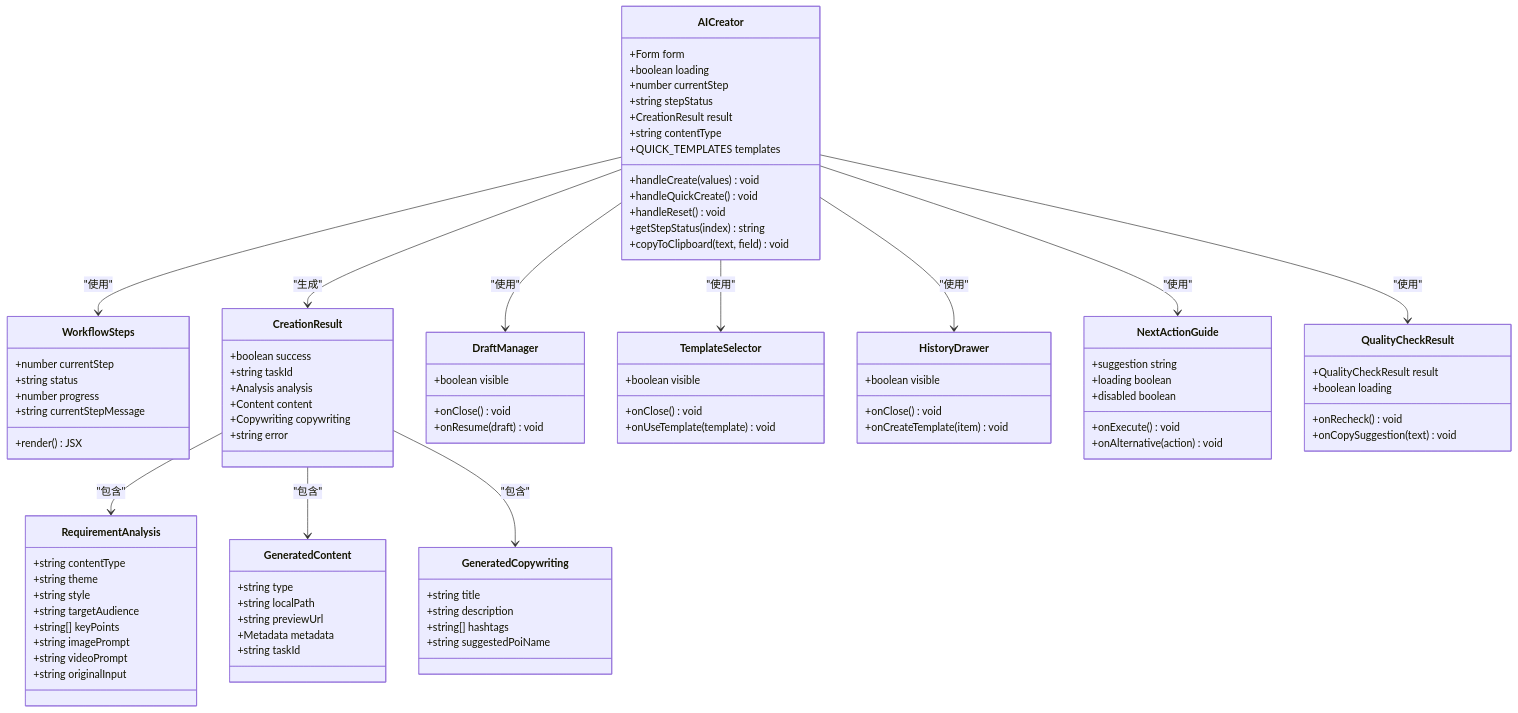
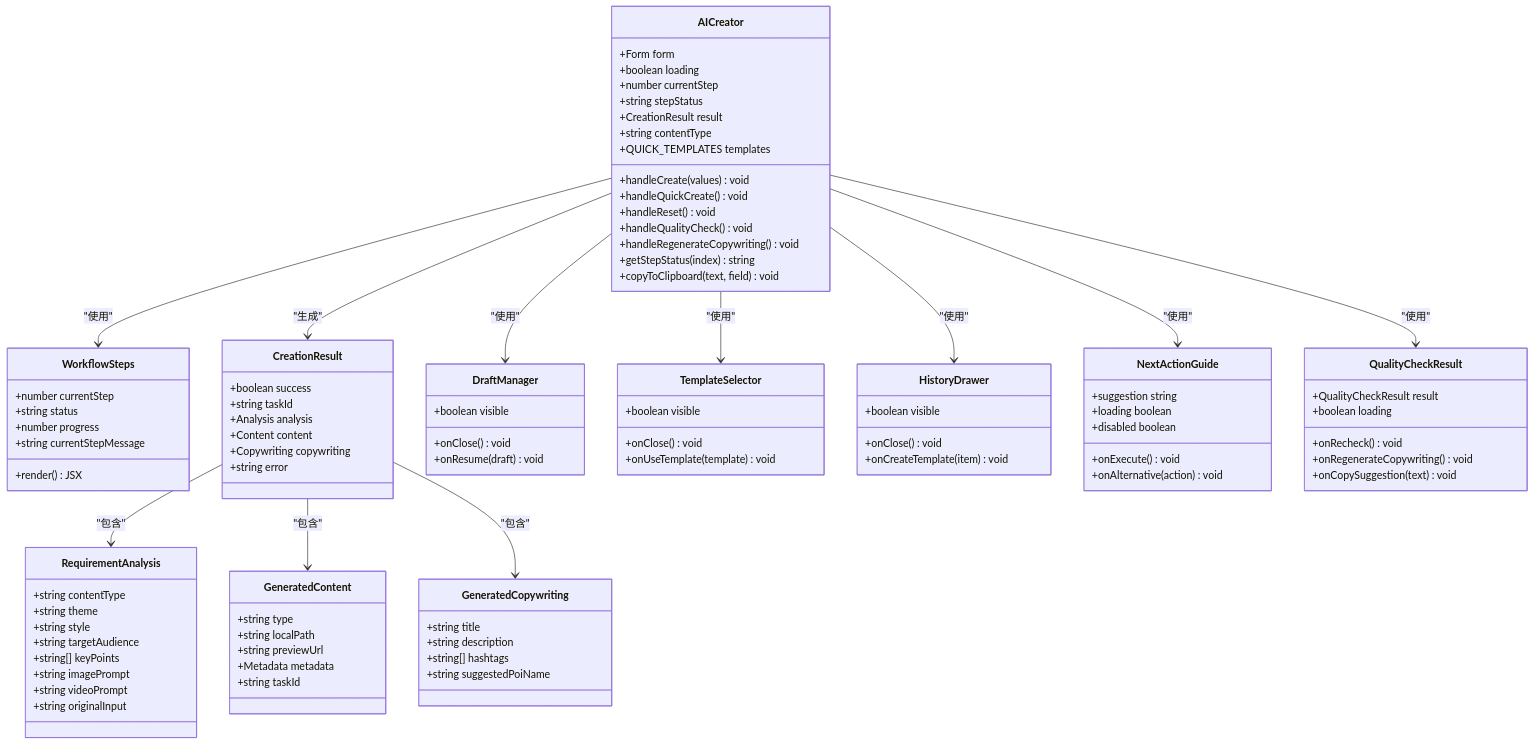
The third of 18 diagrams in .qoder/repowiki/zh/content/核心模块详解/Web界面系统/AI创作页面.md (songdiyang/clawOperations), drawn with Mermaid before and after one commit. The commit also changed other lines of this file and 8 other files, not shown here.

```diff
--- a/.qoder/repowiki/zh/content/核心模块详解/Web界面系统/AI创作页面.md
+++ b/.qoder/repowiki/zh/content/核心模块详解/Web界面系统/AI创作页面.md
@@ -162,6 +171,8 @@
 +handleCreate(values) void
 +handleQuickCreate() void
 +handleReset() void
++handleQualityCheck() void
++handleRegenerateCopywriting() void
 +getStepStatus(index) string
 +copyToClipboard(text, field) void
 }
@@ -229,6 +240,7 @@
 +QualityCheckResult result
 +boolean loading
 +onRecheck() void
++onRegenerateCopywriting() void
 +onCopySuggestion(text) void
 }
 AICreator --> WorkflowSteps : "使用"
```
